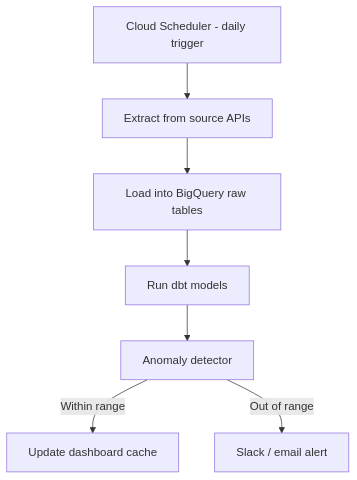
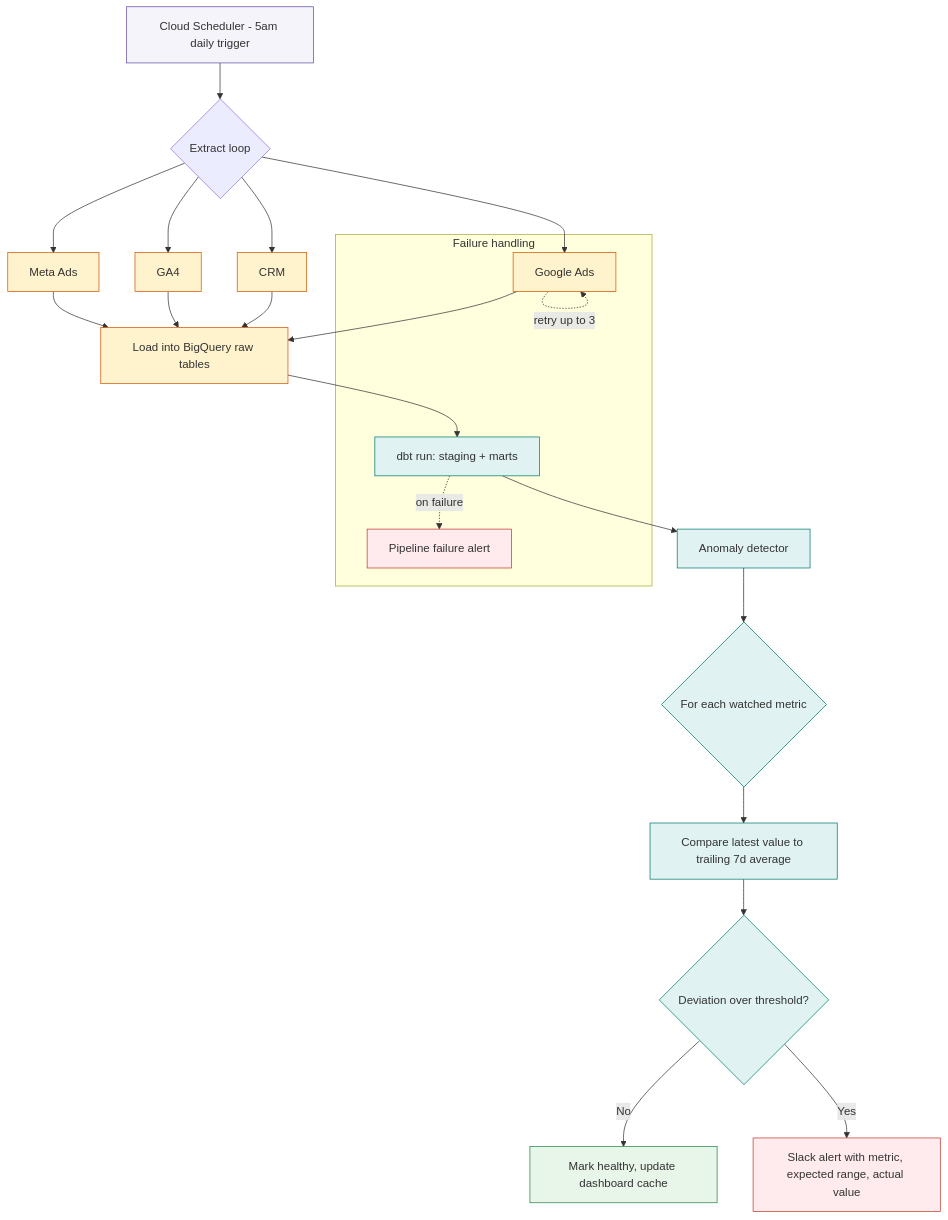
Before and after one commit to iizmotabar/automated-reporting-pipeline: the diagram in README.md, drawn with Mermaid. The commit also changed other lines of this file, not shown here.

Commit message:
Expand README with more detail and richer architecture diagram

````diff
--- a/README.md
+++ b/README.md
@@ -11,9 +11,33 @@
 ```mermaid
 flowchart TD
-    A[Cloud Scheduler - daily trigger] --> B[Extract from source APIs]
-    B --> C[Load into BigQuery raw tables]
-    C --> D[Run dbt models]
+    A[Cloud Scheduler - 5am daily trigger] --> B{Extract loop}
+    B --> B1[Google Ads]
+    B --> B2[Meta Ads]
+    B --> B3[GA4]
+    B --> B4[CRM]
+    B1 & B2 & B3 & B4 --> C[Load into BigQuery raw tables]
+    C --> D[dbt run: staging + marts]
     D --> E[Anomaly detector]
-    E -->|Within range| F[Update dashboard cache]
-    E -->|Out of range| G[Slack / email alert]
+
+    E --> F{For each watched metric}
+    F --> G[Compare latest value to trailing 7d average]
+    G --> H{Deviation over threshold?}
+    H -->|No| I[Mark healthy, update dashboard cache]
+    H -->|Yes| J[Slack alert with metric, expected range, actual value]
+
+    subgraph Retry["Failure handling"]
+        B1 -.retry up to 3x.-> B1
+        D -.on failure.-> K[Pipeline failure alert]
+    end
+
+    classDef trigger fill:#F5F4FA,stroke:#644aab,color:#333
+    classDef extract fill:#fff3cd,stroke:#d35400,color:#333
+    classDef check fill:#e0f2f1,stroke:#00796b,color:#333
+    classDef alert fill:#ffebee,stroke:#c0392b,color:#333
+    classDef ok fill:#e8f5e9,stroke:#1e8449,color:#333
+    class A trigger
+    class B1,B2,B3,B4,C extract
+    class D,E,F,G,H check
+    class J,K alert
+    class I ok
 ```
````
